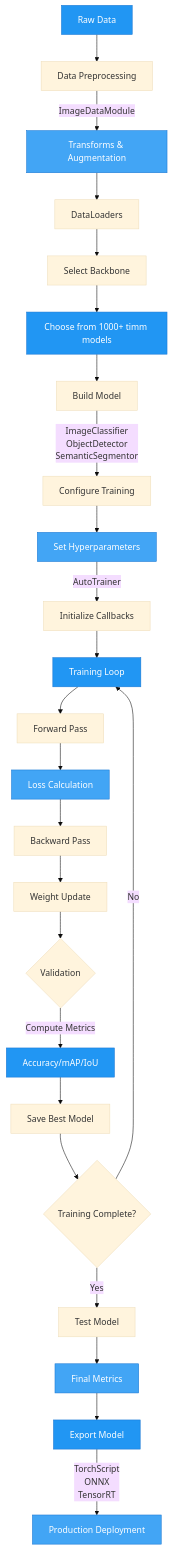
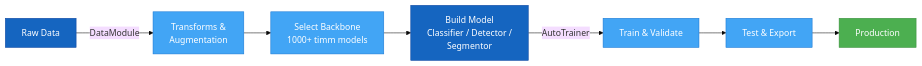
The diagram in docs/index.md (theja-vanka/AutoTimm), drawn with Mermaid (base theme) before and after one commit. The commit also changed 16 other files, not shown here.

Commit message:
refactor: docs with mermaid diagrams

````diff
--- a/docs/index.md
+++ b/docs/index.md
@@ -10,42 +10,17 @@
 ```mermaid
-graph TD
-    A[Raw Data] --> A1[Data Preprocessing]
-    A1 -->|ImageDataModule| A2[Transforms & Augmentation]
-    A2 --> A3[DataLoaders]
-    
-    A3 --> B[Select Backbone]
-    B --> B1[Choose from 1000+ timm models]
-    B1 --> B2[Build Model]
-    B2 -->|ImageClassifier<br/>ObjectDetector<br/>SemanticSegmentor| C[Configure Training]
-    
-    C --> C1[Set Hyperparameters]
-    C1 -->|AutoTrainer| C2[Initialize Callbacks]
-    C2 --> D[Training Loop]
-    
-    D --> D1[Forward Pass]
-    D1 --> D2[Loss Calculation]
-    D2 --> D3[Backward Pass]
-    D3 --> D4[Weight Update]
-    D4 --> E{Validation}
-    
-    E -->|Compute Metrics| E1[Accuracy/mAP/IoU]
-    E1 --> E2[Save Best Model]
-    E2 --> E3{Training Complete?}
-    E3 -->|No| D
-    E3 -->|Yes| F[Test Model]
-    
-    F --> F1[Final Metrics]
-    F1 --> G[Export Model]
-    G -->|TorchScript<br/>ONNX<br/>TensorRT| H[Production Deployment]
-    
-    style A fill:#2196F3,stroke:#1976D2,color:#fff
-    style A2 fill:#42A5F5,stroke:#1976D2,color:#fff
-    style B1 fill:#2196F3,stroke:#1976D2,color:#fff
-    style C1 fill:#42A5F5,stroke:#1976D2,color:#fff
-    style D fill:#2196F3,stroke:#1976D2,color:#fff
-    style D2 fill:#42A5F5,stroke:#1976D2,color:#fff
-    style E1 fill:#2196F3,stroke:#1976D2,color:#fff
-    style F1 fill:#42A5F5,stroke:#1976D2,color:#fff
-    style G fill:#2196F3,stroke:#1976D2,color:#fff
-    style H fill:#42A5F5,stroke:#1976D2,color:#fff
+graph LR
+    A[Raw Data] -->|DataModule| B[Transforms &<br/>Augmentation]
+    B --> C[Select Backbone<br/>1000+ timm models]
+    C --> D[Build Model<br/>Classifier / Detector /<br/>Segmentor]
+    D -->|AutoTrainer| E[Train & Validate]
+    E --> F[Test & Export]
+    F --> G[Production]
+
+    style A fill:#1565C0,stroke:#0D47A1,color:#fff
+    style B fill:#42A5F5,stroke:#1976D2,color:#fff
+    style C fill:#42A5F5,stroke:#1976D2,color:#fff
+    style D fill:#1565C0,stroke:#0D47A1,color:#fff
+    style E fill:#42A5F5,stroke:#1976D2,color:#fff
+    style F fill:#42A5F5,stroke:#1976D2,color:#fff
+    style G fill:#4CAF50,stroke:#388E3C,color:#fff
 ```
````
